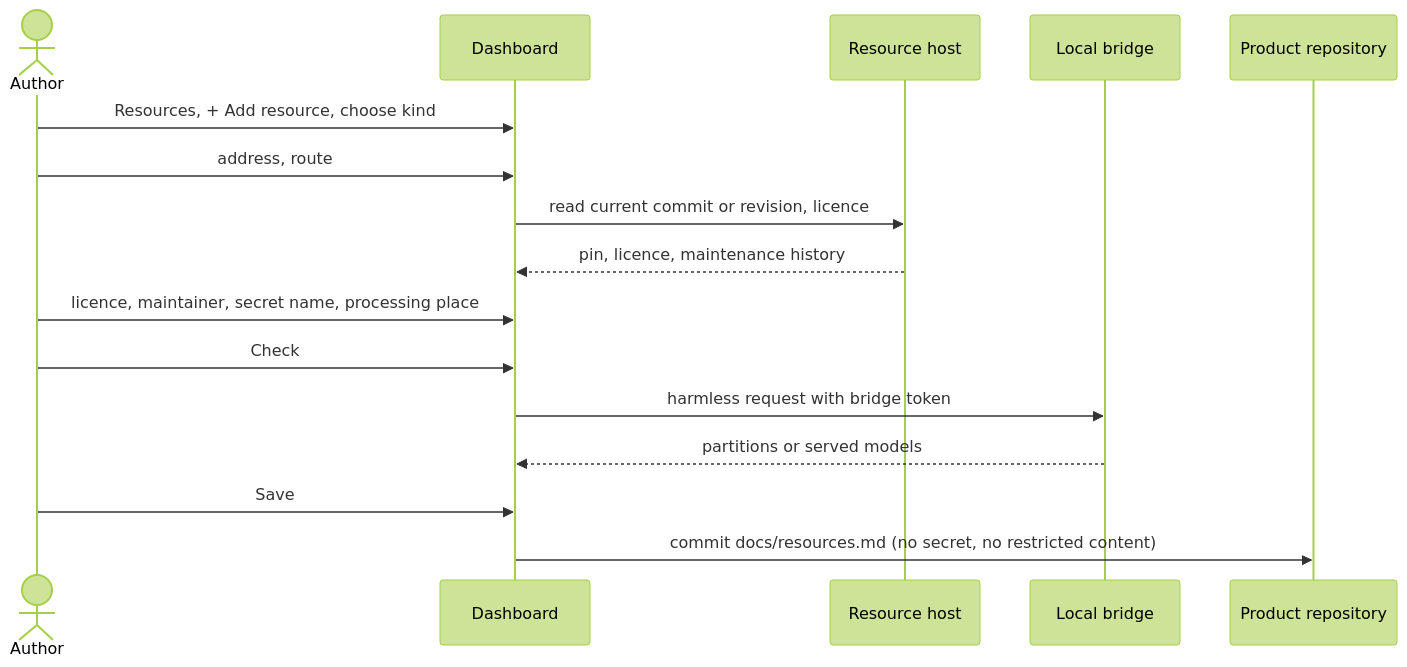
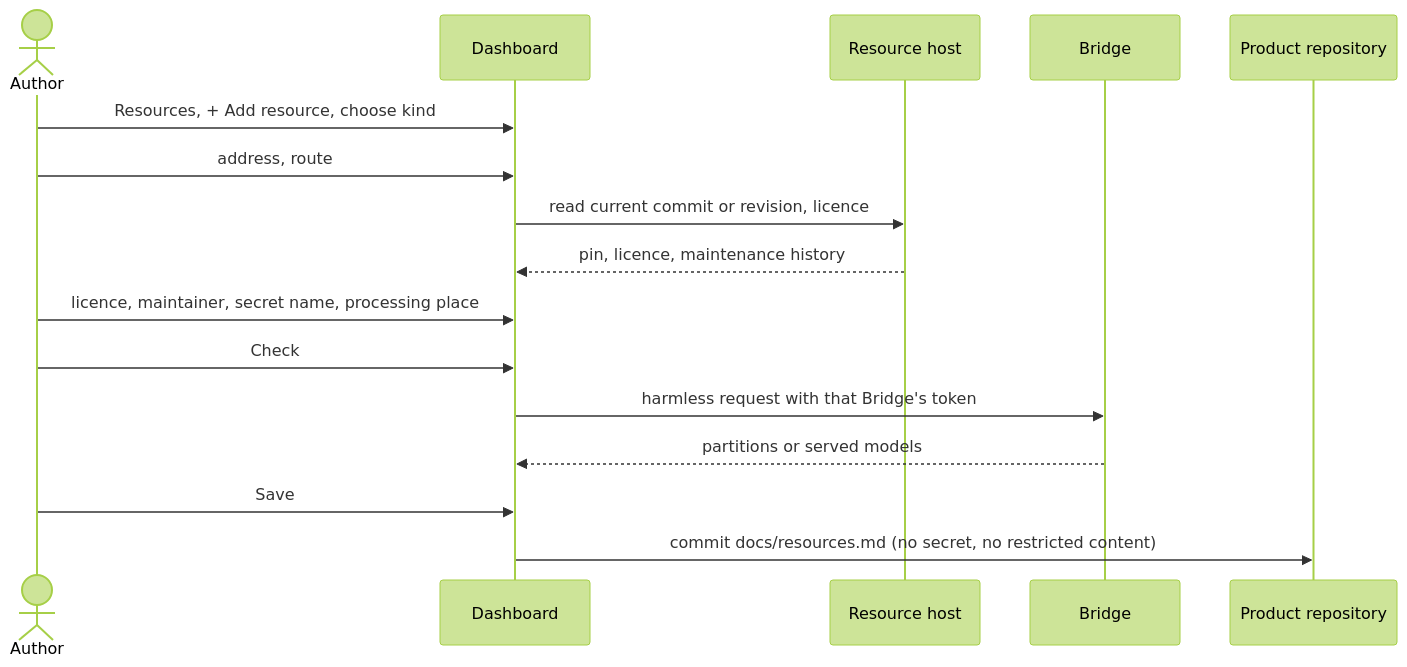
The diagram in docs/use-cases/UC-040-declare-the-products-resources.md (akmaier/agent-m), drawn with Mermaid (forest theme) before and after one commit. The commit also changed other lines of this file and 28 other files, not shown here.

````diff
--- a/docs/use-cases/UC-040-declare-the-products-resources.md
+++ b/docs/use-cases/UC-040-declare-the-products-resources.md
@@ -128,18 +130,18 @@
 ```mermaid
 sequenceDiagram
     actor A as Author
     participant D as Dashboard
     participant H as Resource host
-    participant B as Local bridge
+    participant B as Bridge
     participant P as Product repository
     A->>D: Resources, + Add resource, choose kind
     A->>D: address, route
     D->>H: read current commit or revision, licence
     H-->>D: pin, licence, maintenance history
     A->>D: licence, maintainer, secret name, processing place
     A->>D: Check
-    D->>B: harmless request with bridge token
+    D->>B: harmless request with that Bridge's token
     B-->>D: partitions or served models
     A->>D: Save
     D->>P: commit docs/resources.md (no secret, no restricted content)
 ```
````
